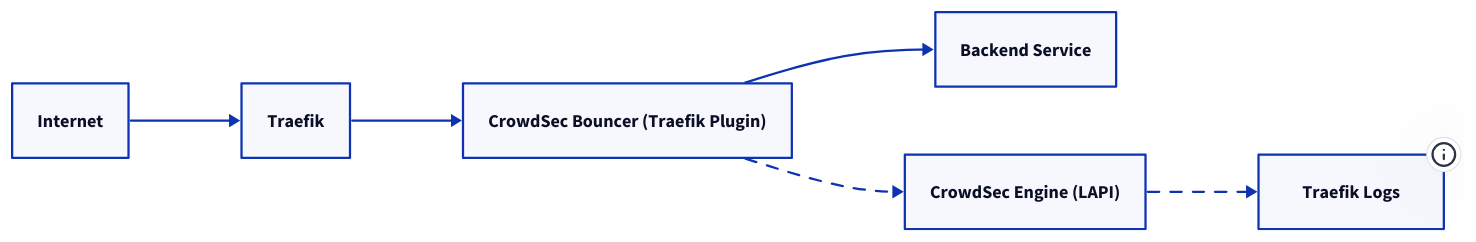
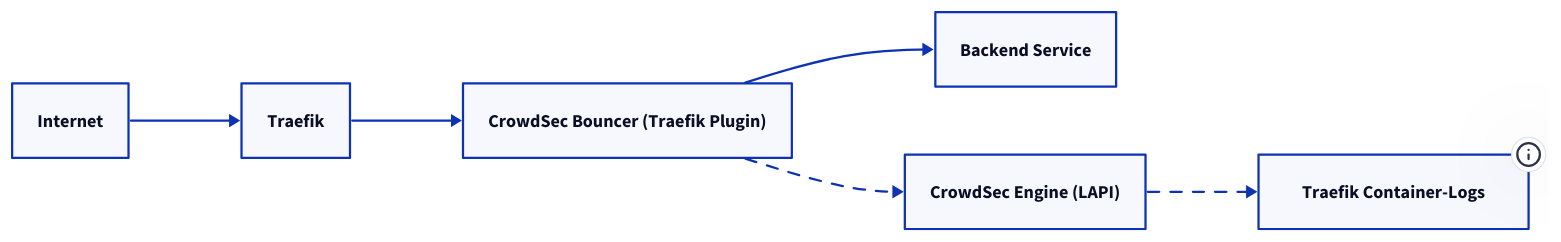
The diagram in docs/crowdsec/index.md (derever-labs/homelab-wiki), drawn with D2 before and after one commit. The commit also changed other lines of this file and 1 other file, not shown here.

Commit message:
docs(traefik,crowdsec): accessLog-Filter und Docker-Socket-Quelle

````diff
--- a/docs/crowdsec/index.md
+++ b/docs/crowdsec/index.md
@@ -24,16 +24,16 @@
 ```d2
 direction: right
 
 Internet: Internet
 Traefik: Traefik
 Plugin: CrowdSec Bouncer (Traefik Plugin)
 Backend: Backend Service
 Engine: CrowdSec Engine (LAPI)
-Logs: Traefik Logs { tooltip: "/var/log/docker/traefik/" }
+Logs: Traefik Container-Logs { tooltip: "Docker-Socket Source (stdout des Traefik-Containers)" }
 
 Internet -> Traefik
 Traefik -> Plugin
 Plugin -> Backend
 Plugin -> Engine: { style.stroke-dash: 5 }
 Engine -> Logs: { style.stroke-dash: 5 }
 ```
````
